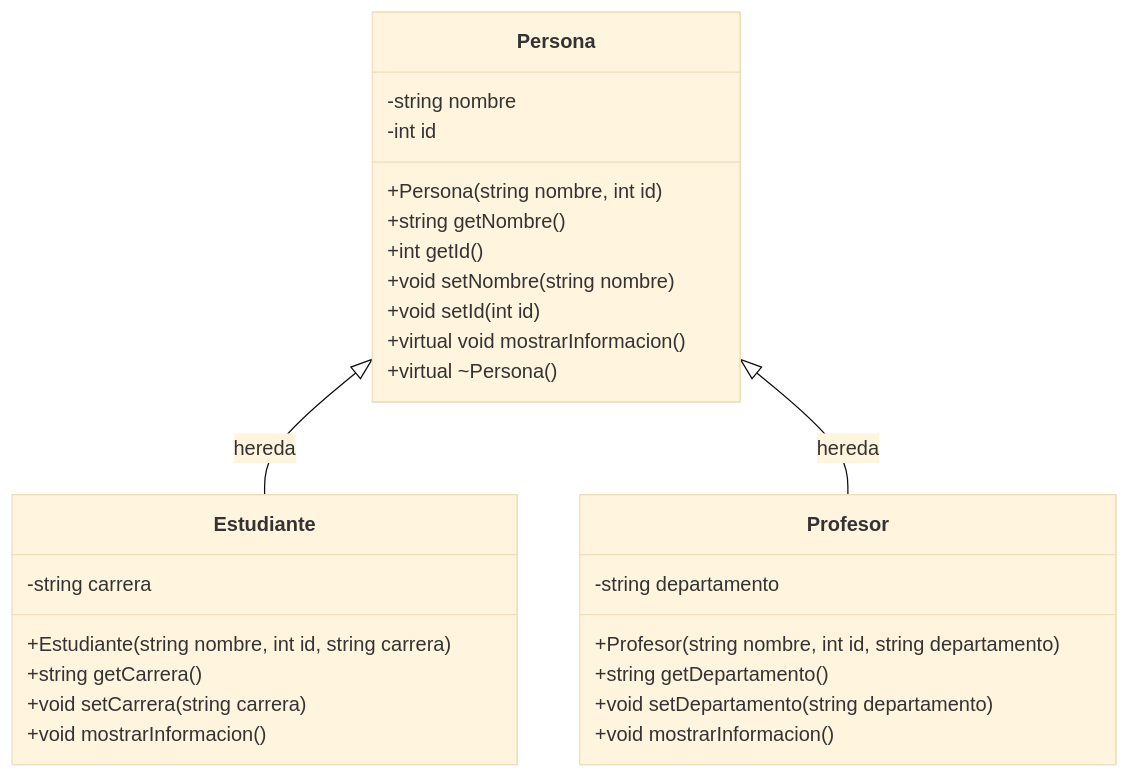
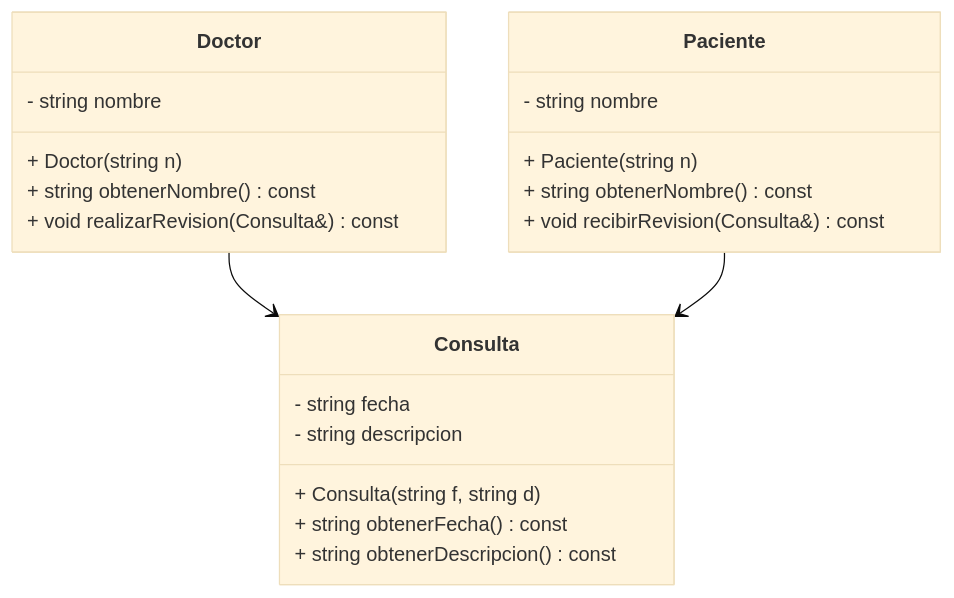
Before and after one commit to yoanpinzon/POO: the first of 3 diagrams in poo2-asociaciones.md, drawn with Mermaid (base theme). The commit also changed other lines of this file, not shown here.

````diff
--- a/poo2-asociaciones.md
+++ b/poo2-asociaciones.md
@@ -710,31 +267,27 @@
 ```mermaid
 classDiagram
-    class Persona {
-        -string nombre
-        -int id
-        +Persona(string nombre, int id)
-        +string getNombre()
-        +int getId()
-        +void setNombre(string nombre)
-        +void setId(int id)
-        +virtual void mostrarInformacion()
-        +virtual ~Persona()
-    }
-    class Estudiante {
-        -string carrera
-        +Estudiante(string nombre, int id, string carrera)
-        +string getCarrera()
-        +void setCarrera(string carrera)
-        +void mostrarInformacion()
-    }
-    class Profesor {
-        -string departamento
-        +Profesor(string nombre, int id, string departamento)
-        +string getDepartamento()
-        +void setDepartamento(string departamento)
-        +void mostrarInformacion()
+    class Doctor {
+        - string nombre
+        + Doctor(string n)
+        + string obtenerNombre() const
+        + void realizarRevision(Consulta&) const
     }
 
-    Persona <|-- Estudiante : hereda
-    Persona <|-- Profesor : hereda
+    class Paciente {
+        - string nombre
+        + Paciente(string n)
+        + string obtenerNombre() const
+        + void recibirRevision(Consulta&) const
+    }
+
+    class Consulta {
+        - string fecha
+        - string descripcion
+        + Consulta(string f, string d)
+        + string obtenerFecha() const
+        + string obtenerDescripcion() const
+    }
+
+    Doctor --> Consulta 
+    Paciente --> Consulta 
 ```
````
